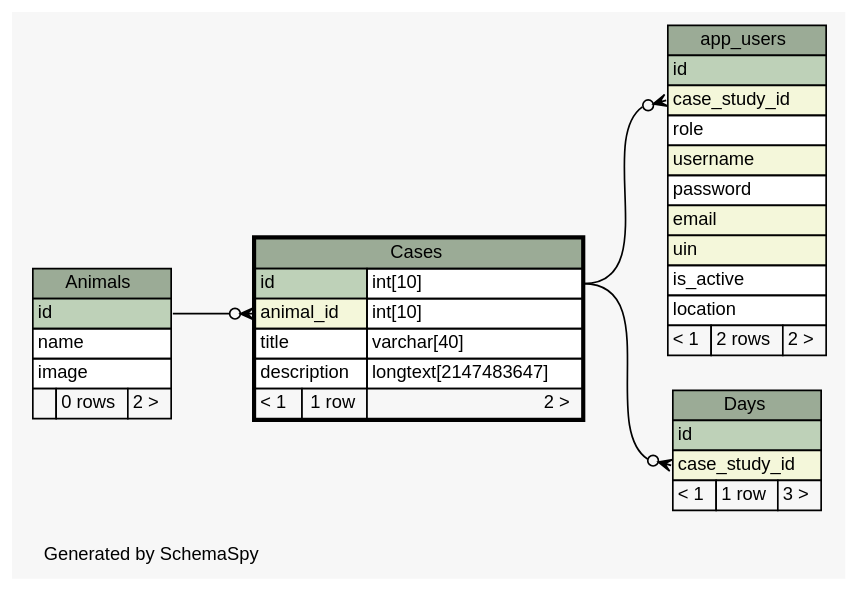
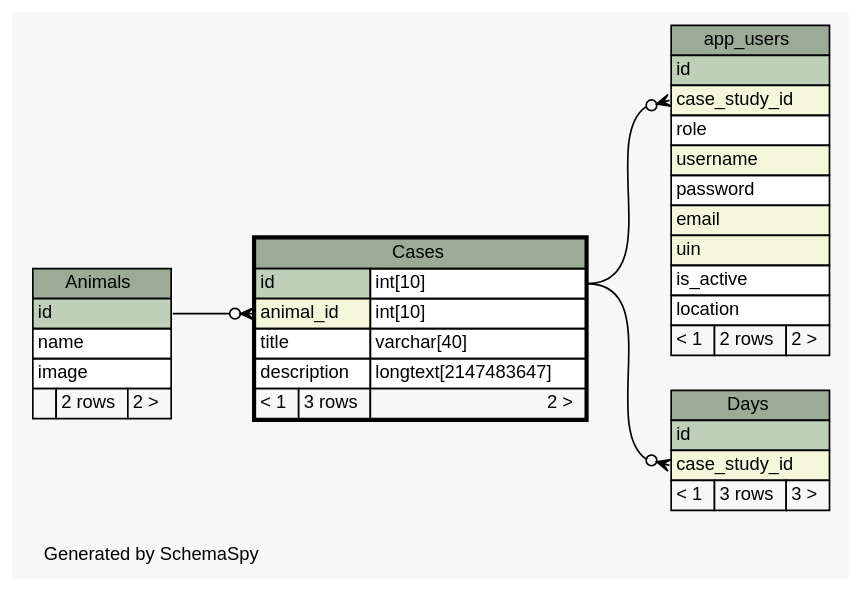
The diagram in web/files/schema/diagrams/Cases.1degree.dot (carrel2/CaseStudies), drawn with Graphviz before and after one commit. The commit also changed 206 other files, not shown here.

```diff
--- a/web/files/schema/diagrams/Cases.1degree.dot
+++ b/web/files/schema/diagrams/Cases.1degree.dot
@@ -1,79 +1,79 @@
-// dot 2.38.0 on Linux 4.4.0-72-generic
+// dot 2.38.0 on Linux 4.4.0-77-generic
 // SchemaSpy rev 590
 digraph "oneDegreeRelationshipsDiagram" {
   graph [
     rankdir="RL"
     bgcolor="#f7f7f7"
     label="\nGenerated by SchemaSpy"
     labeljust="l"
     nodesep="0.18"
     ranksep="0.46"
     fontname="Helvetica"
     fontsize="11"
   ];
   node [
     fontname="Helvetica"
     fontsize="11"
     shape="plaintext"
   ];
   edge [
     arrowsize="0.8"
   ];
   "app_users":"case_study_id":w -> "Cases":"id.type":e [arrowhead=none dir=back arrowtail=crowodot];
   "Cases":"animal_id":w -> "Animals":"id":e [arrowhead=none dir=back arrowtail=crowodot];
   "Days":"case_study_id":w -> "Cases":"id.type":e [arrowhead=none dir=back arrowtail=crowodot];
   "Animals" [
     label=<
     <TABLE BORDER="0" CELLBORDER="1" CELLSPACING="0" BGCOLOR="#ffffff">
       <TR><TD COLSPAN="3" BGCOLOR="#9bab96" ALIGN="CENTER">Animals</TD></TR>
       <TR><TD PORT="id" COLSPAN="3" BGCOLOR="#bed1b8" ALIGN="LEFT">id</TD></TR>
       <TR><TD PORT="name" COLSPAN="3" ALIGN="LEFT">name</TD></TR>
       <TR><TD PORT="image" COLSPAN="3" ALIGN="LEFT">image</TD></TR>
-      <TR><TD ALIGN="LEFT" BGCOLOR="#f7f7f7">  </TD><TD ALIGN="RIGHT" BGCOLOR="#f7f7f7">0 rows</TD><TD ALIGN="RIGHT" BGCOLOR="#f7f7f7">2 &gt;</TD></TR>
+      <TR><TD ALIGN="LEFT" BGCOLOR="#f7f7f7">  </TD><TD ALIGN="RIGHT" BGCOLOR="#f7f7f7">2 rows</TD><TD ALIGN="RIGHT" BGCOLOR="#f7f7f7">2 &gt;</TD></TR>
     </TABLE>>
     URL="Animals.html"
     tooltip="Animals"
   ];
   "app_users" [
     label=<
     <TABLE BORDER="0" CELLBORDER="1" CELLSPACING="0" BGCOLOR="#ffffff">
       <TR><TD COLSPAN="3" BGCOLOR="#9bab96" ALIGN="CENTER">app_users</TD></TR>
       <TR><TD PORT="id" COLSPAN="3" BGCOLOR="#bed1b8" ALIGN="LEFT">id</TD></TR>
       <TR><TD PORT="case_study_id" COLSPAN="3" BGCOLOR="#f4f7da" ALIGN="LEFT">case_study_id</TD></TR>
       <TR><TD PORT="role" COLSPAN="3" ALIGN="LEFT">role</TD></TR>
       <TR><TD PORT="username" COLSPAN="3" BGCOLOR="#f4f7da" ALIGN="LEFT">username</TD></TR>
       <TR><TD PORT="password" COLSPAN="3" ALIGN="LEFT">password</TD></TR>
       <TR><TD PORT="email" COLSPAN="3" BGCOLOR="#f4f7da" ALIGN="LEFT">email</TD></TR>
       <TR><TD PORT="uin" COLSPAN="3" BGCOLOR="#f4f7da" ALIGN="LEFT">uin</TD></TR>
       <TR><TD PORT="is_active" COLSPAN="3" ALIGN="LEFT">is_active</TD></TR>
       <TR><TD PORT="location" COLSPAN="3" ALIGN="LEFT">location</TD></TR>
       <TR><TD ALIGN="LEFT" BGCOLOR="#f7f7f7">&lt; 1</TD><TD ALIGN="RIGHT" BGCOLOR="#f7f7f7">2 rows</TD><TD ALIGN="RIGHT" BGCOLOR="#f7f7f7">2 &gt;</TD></TR>
     </TABLE>>
     URL="app_users.html"
     tooltip="app_users"
   ];
   "Cases" [
     label=<
     <TABLE BORDER="2" CELLBORDER="1" CELLSPACING="0" BGCOLOR="#ffffff">
       <TR><TD COLSPAN="3" BGCOLOR="#9bab96" ALIGN="CENTER">Cases</TD></TR>
       <TR><TD PORT="id" COLSPAN="2" BGCOLOR="#bed1b8" ALIGN="LEFT">id</TD><TD PORT="id.type" ALIGN="LEFT">int[10]</TD></TR>
       <TR><TD PORT="animal_id" COLSPAN="2" BGCOLOR="#f4f7da" ALIGN="LEFT">animal_id</TD><TD PORT="animal_id.type" ALIGN="LEFT">int[10]</TD></TR>
       <TR><TD PORT="title" COLSPAN="2" ALIGN="LEFT">title</TD><TD PORT="title.type" ALIGN="LEFT">varchar[40]</TD></TR>
       <TR><TD PORT="description" COLSPAN="2" ALIGN="LEFT">description</TD><TD PORT="description.type" ALIGN="LEFT">longtext[2147483647]</TD></TR>
-      <TR><TD ALIGN="LEFT" BGCOLOR="#f7f7f7">&lt; 1</TD><TD ALIGN="RIGHT" BGCOLOR="#f7f7f7">1 row</TD><TD ALIGN="RIGHT" BGCOLOR="#f7f7f7">2 &gt;</TD></TR>
+      <TR><TD ALIGN="LEFT" BGCOLOR="#f7f7f7">&lt; 1</TD><TD ALIGN="RIGHT" BGCOLOR="#f7f7f7">3 rows</TD><TD ALIGN="RIGHT" BGCOLOR="#f7f7f7">2 &gt;</TD></TR>
     </TABLE>>
     URL="Cases.html"
     tooltip="Cases"
   ];
   "Days" [
     label=<
     <TABLE BORDER="0" CELLBORDER="1" CELLSPACING="0" BGCOLOR="#ffffff">
       <TR><TD COLSPAN="3" BGCOLOR="#9bab96" ALIGN="CENTER">Days</TD></TR>
       <TR><TD PORT="id" COLSPAN="3" BGCOLOR="#bed1b8" ALIGN="LEFT">id</TD></TR>
       <TR><TD PORT="case_study_id" COLSPAN="3" BGCOLOR="#f4f7da" ALIGN="LEFT">case_study_id</TD></TR>
-      <TR><TD ALIGN="LEFT" BGCOLOR="#f7f7f7">&lt; 1</TD><TD ALIGN="RIGHT" BGCOLOR="#f7f7f7">1 row</TD><TD ALIGN="RIGHT" BGCOLOR="#f7f7f7">3 &gt;</TD></TR>
+      <TR><TD ALIGN="LEFT" BGCOLOR="#f7f7f7">&lt; 1</TD><TD ALIGN="RIGHT" BGCOLOR="#f7f7f7">3 rows</TD><TD ALIGN="RIGHT" BGCOLOR="#f7f7f7">3 &gt;</TD></TR>
     </TABLE>>
     URL="Days.html"
     tooltip="Days"
   ];
 }
```
